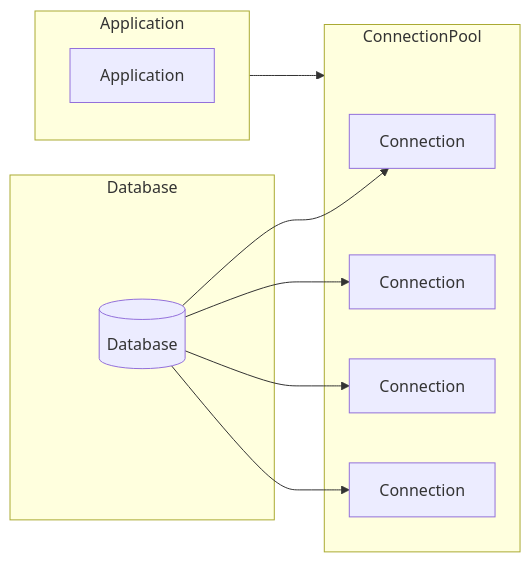
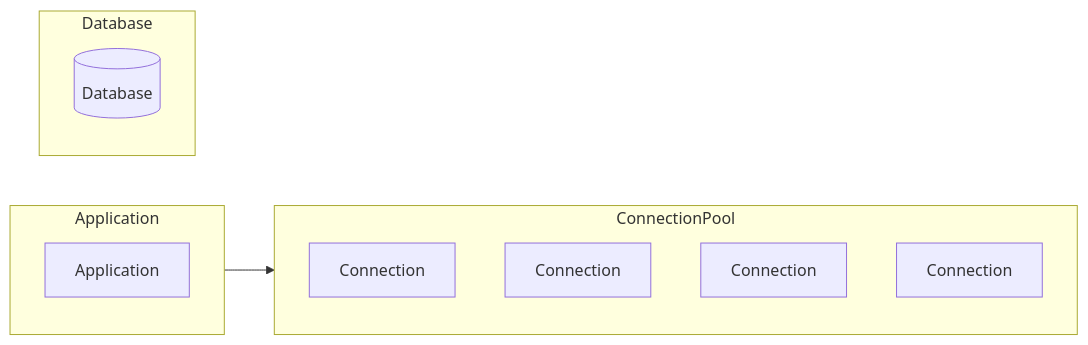
The diagram in application/db/connection_pool.md (benggri/study), drawn with Mermaid before and after one commit.

````diff
--- a/application/db/connection_pool.md
+++ b/application/db/connection_pool.md
@@ -3,20 +3,16 @@
 ```mermaid
 flowchart LR
   subgraph Application
     APP[Application]
   end
   subgraph ConnectionPool
     C1[Connection]
     C2[Connection]
     C3[Connection]
     C4[Connection]
   end
   subgraph Database
     DB[(Database)]
   end
   Application --> ConnectionPool
-  DB --> C1
-  DB --> C2
-  DB --> C3
-  DB --> C4
 ```
````
